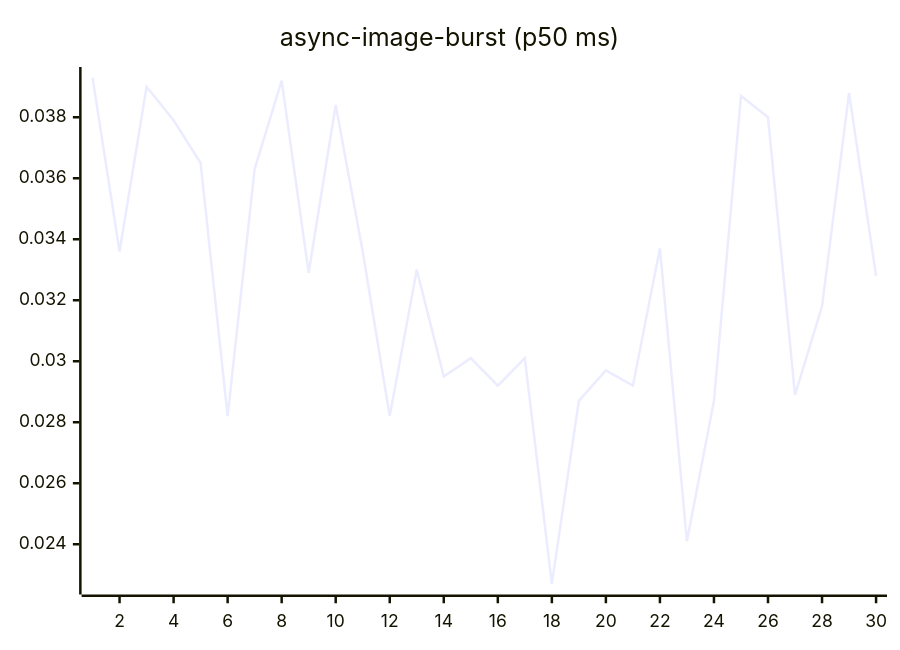
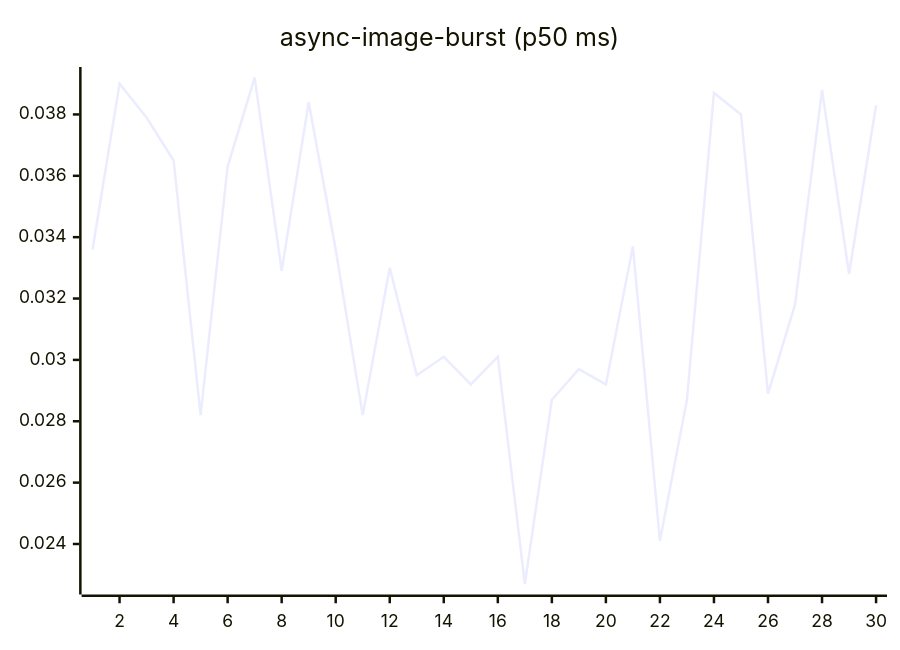
One commit to josha/Facet changed the fourth of 27 diagrams in README.md. Above: the diagram before and after it, drawn with Mermaid. The commit also changed other lines of this file and 2 other files, not shown here.

````diff
--- a/README.md
+++ b/README.md
@@ -84,6 +84,6 @@
 ```mermaid
 xychart-beta
     title "async-image-burst (p50 ms)"
     x-axis 1 --> 30
-    line [0.0393, 0.0336, 0.0390, 0.0379, 0.0365, 0.0282, 0.0363, 0.0392, 0.0329, 0.0384, 0.0336, 0.0282, 0.0330, 0.0295, 0.0301, 0.0292, 0.0301, 0.0227, 0.0287, 0.0297, 0.0292, 0.0337, 0.0241, 0.0287, 0.0387, 0.0380, 0.0289, 0.0318, 0.0388, 0.0328]
+    line [0.0336, 0.0390, 0.0379, 0.0365, 0.0282, 0.0363, 0.0392, 0.0329, 0.0384, 0.0336, 0.0282, 0.0330, 0.0295, 0.0301, 0.0292, 0.0301, 0.0227, 0.0287, 0.0297, 0.0292, 0.0337, 0.0241, 0.0287, 0.0387, 0.0380, 0.0289, 0.0318, 0.0388, 0.0328, 0.0383]
 ```
````
